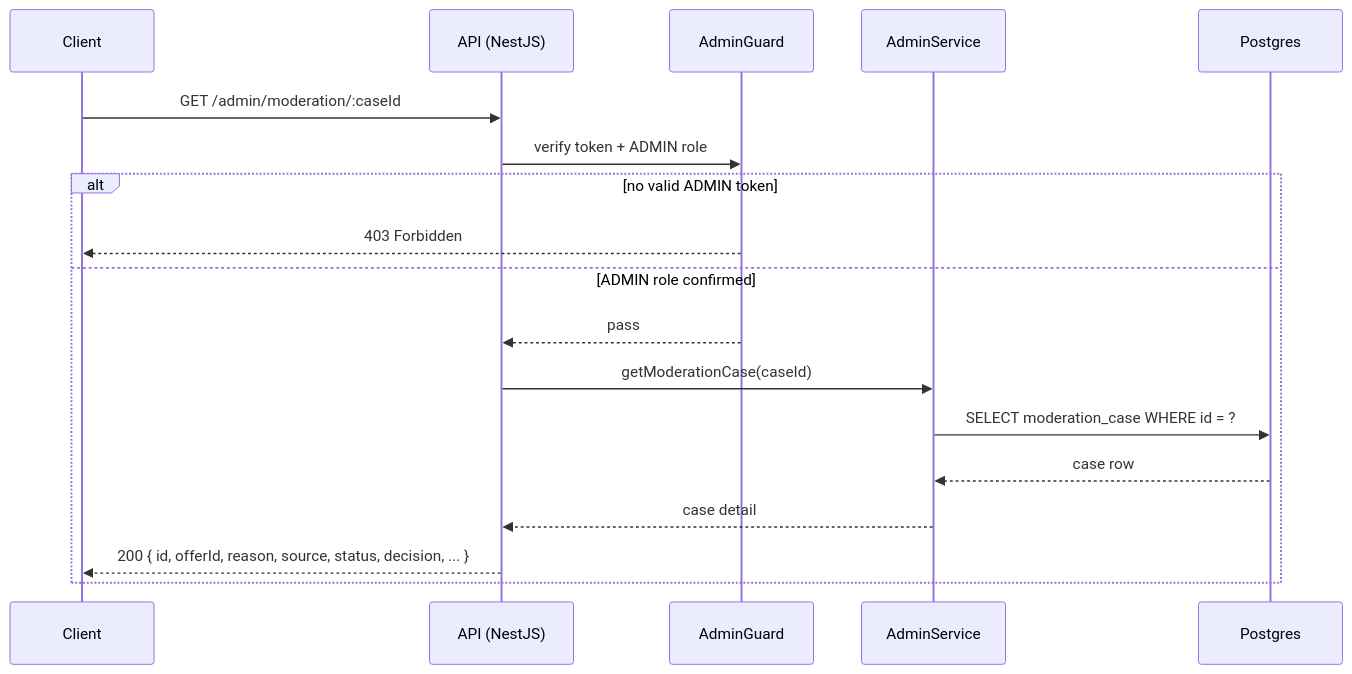
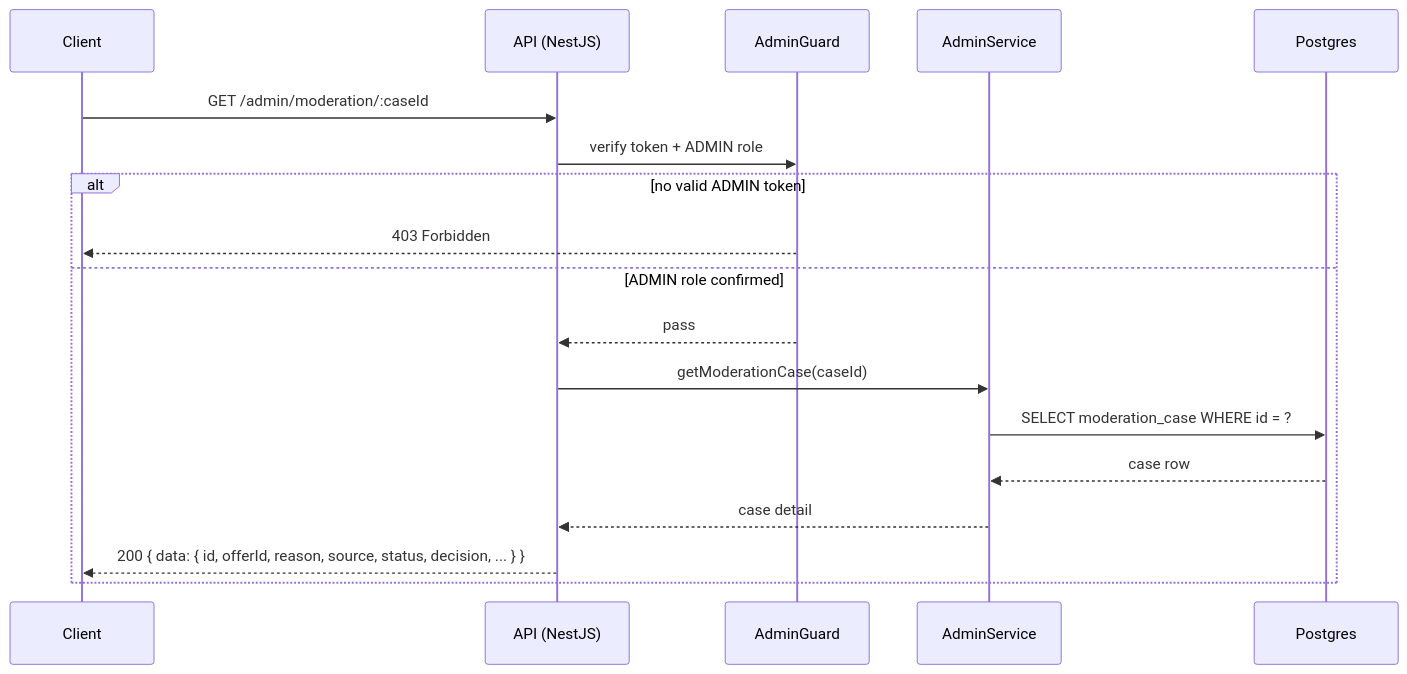
The ninth of 12 diagrams in phase-1/technical-design/api-design/admin.md (alisa-uthi/aliceut-ecom-document), drawn with Mermaid before and after one commit. The commit also changed other lines of this file and 22 other files, not shown here.

````diff
--- a/phase-1/technical-design/api-design/admin.md
+++ b/phase-1/technical-design/api-design/admin.md
@@ -501,21 +505,21 @@
 ```mermaid
 sequenceDiagram
     participant C as Client
     participant API as API (NestJS)
     participant G as AdminGuard
     participant S as AdminService
     participant PG as Postgres
 
     C->>API: GET /admin/moderation/:caseId
     API->>G: verify token + ADMIN role
     alt no valid ADMIN token
         G-->>C: 403 Forbidden
     else ADMIN role confirmed
         G-->>API: pass
         API->>S: getModerationCase(caseId)
         S->>PG: SELECT moderation_case WHERE id = ?
         PG-->>S: case row
         S-->>API: case detail
-        API-->>C: 200 { id, offerId, reason, source, status, decision, ... }
+        API-->>C: 200 { data: { id, offerId, reason, source, status, decision, ... } }
     end
 ```
````
